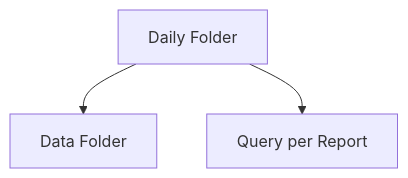
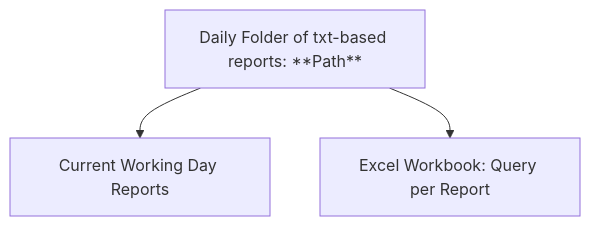
Before and after one commit to Eddie-Zhu-IRL/banking-report-etl-powerquery: the diagram in README.md, drawn with Mermaid.

````diff
--- a/README.md
+++ b/README.md
@@ -60,6 +60,6 @@
 ```mermaid
 graph TD;
-A[Daily Folder] --> B[Data Folder];
-A[Daily Folder] --> C[Query per Report];
+A[Daily Folder of txt-based reports: **Path**] --> B[Current Working Day Reports];
+A[Daily Folder of txt-based reports: **Path**] --> C[Excel Workbook: Query per Report];
 
 ```
````
